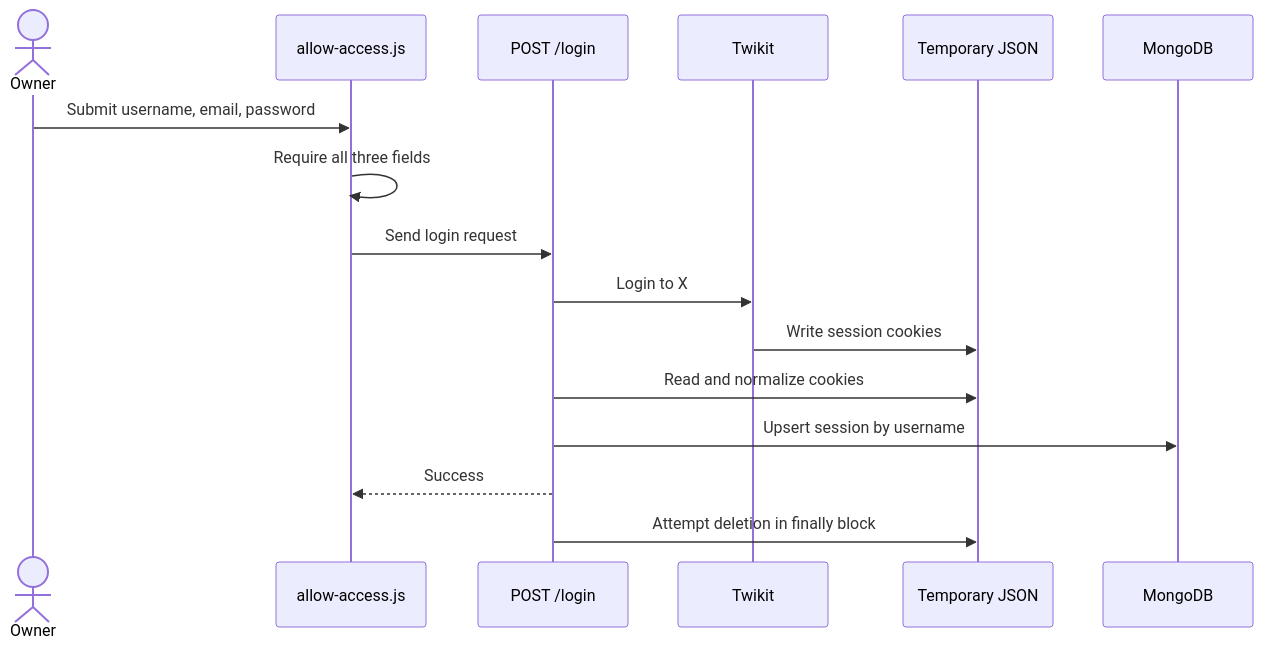
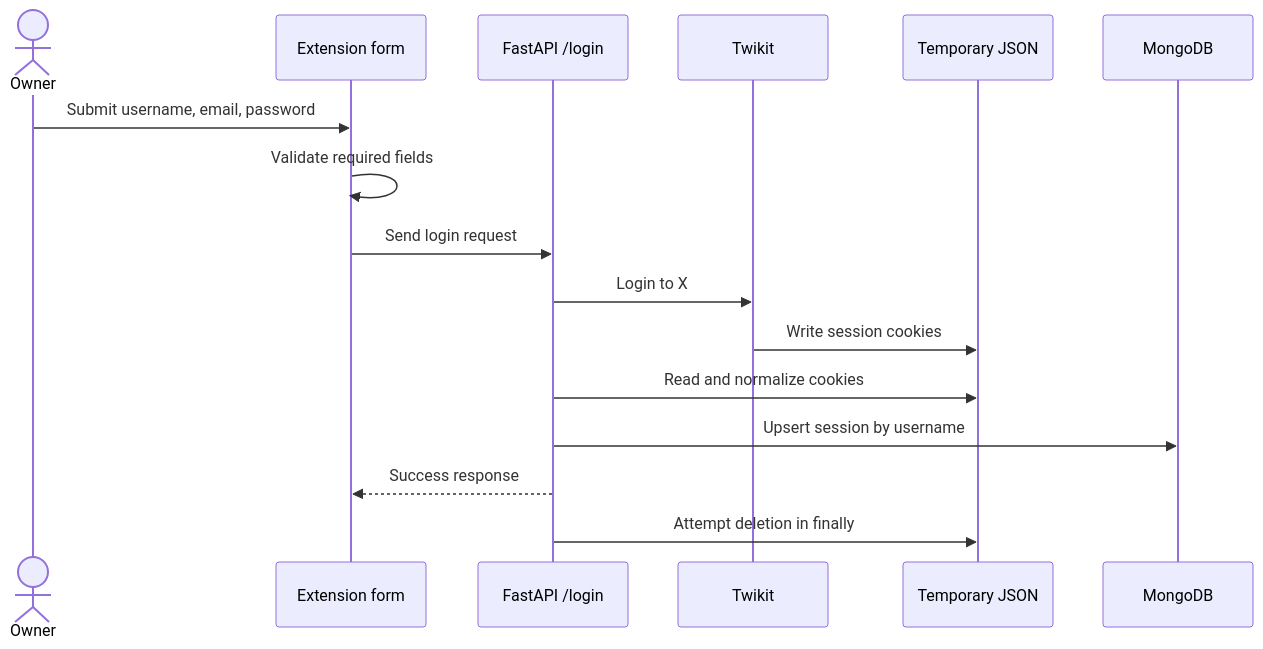
Before and after one commit to SidheshwarSarangal/X_feed_extension: the third of 10 diagrams in docs/workflows-and-api.md, drawn with Mermaid. The commit also changed other lines of this file and 8 other files, not shown here.

````diff
--- a/docs/workflows-and-api.md
+++ b/docs/workflows-and-api.md
@@ -77,19 +92,19 @@
 ```mermaid
 sequenceDiagram
     actor Owner
-    participant Form as allow-access.js
-    participant API as POST /login
+    participant Form as Extension form
+    participant API as FastAPI /login
     participant Twikit
     participant File as Temporary JSON
-    participant DB as MongoDB
+    participant Mongo as MongoDB
 
     Owner->>Form: Submit username, email, password
-    Form->>Form: Require all three fields
+    Form->>Form: Validate required fields
     Form->>API: Send login request
     API->>Twikit: Login to X
     Twikit->>File: Write session cookies
     API->>File: Read and normalize cookies
-    API->>DB: Upsert session by username
-    API-->>Form: Success
-    API->>File: Attempt deletion in finally block
+    API->>Mongo: Upsert session by username
+    API-->>Form: Success response
+    API->>File: Attempt deletion in finally
 ```
````
